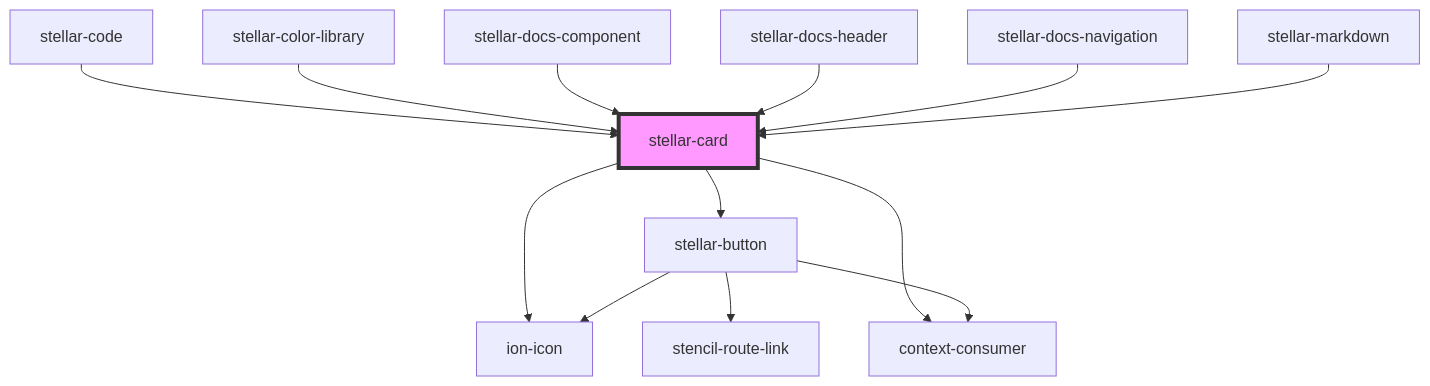
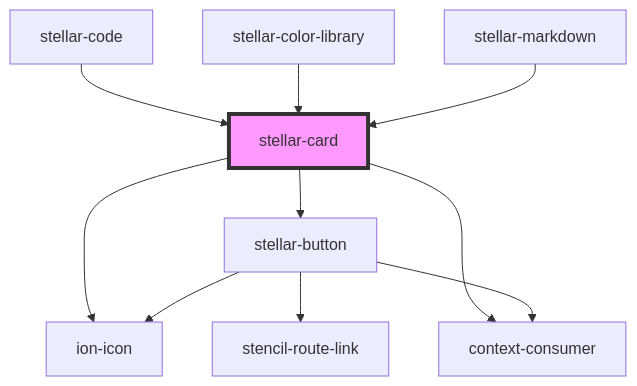
The diagram in src/components/ui/card/readme.md (splitinfinities/Stellar), drawn with Mermaid before and after one commit. The commit also changed other lines of this file and 58 other files, not shown here.

````diff
--- a/src/components/ui/card/readme.md
+++ b/src/components/ui/card/readme.md
@@ -119,16 +116,13 @@
 ```mermaid
 graph TD;
   stellar-card --> stellar-button
   stellar-card --> ion-icon
   stellar-card --> context-consumer
   stellar-button --> ion-icon
   stellar-button --> stencil-route-link
   stellar-button --> context-consumer
   stellar-code --> stellar-card
   stellar-color-library --> stellar-card
-  stellar-docs-component --> stellar-card
-  stellar-docs-header --> stellar-card
-  stellar-docs-navigation --> stellar-card
   stellar-markdown --> stellar-card
   style stellar-card fill:#f9f,stroke:#333,stroke-width:4px
 ```
````
